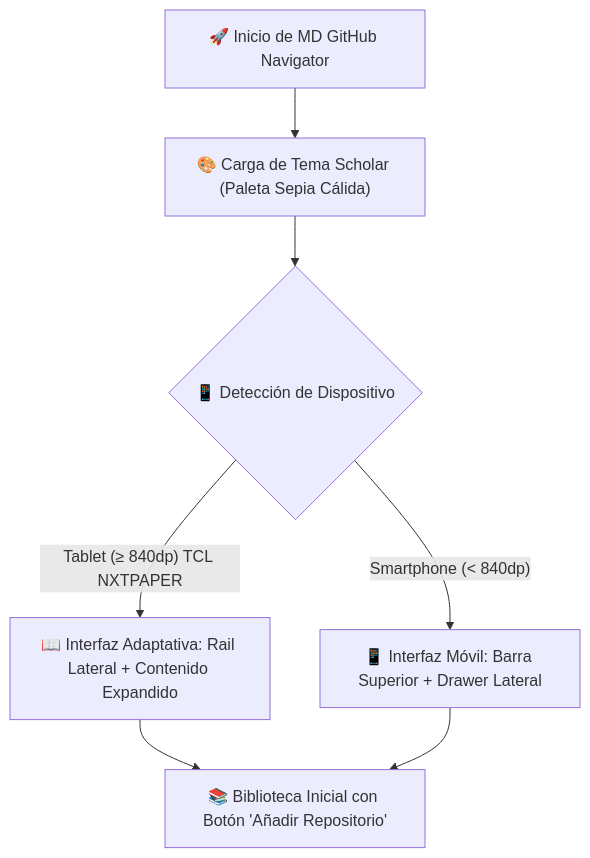
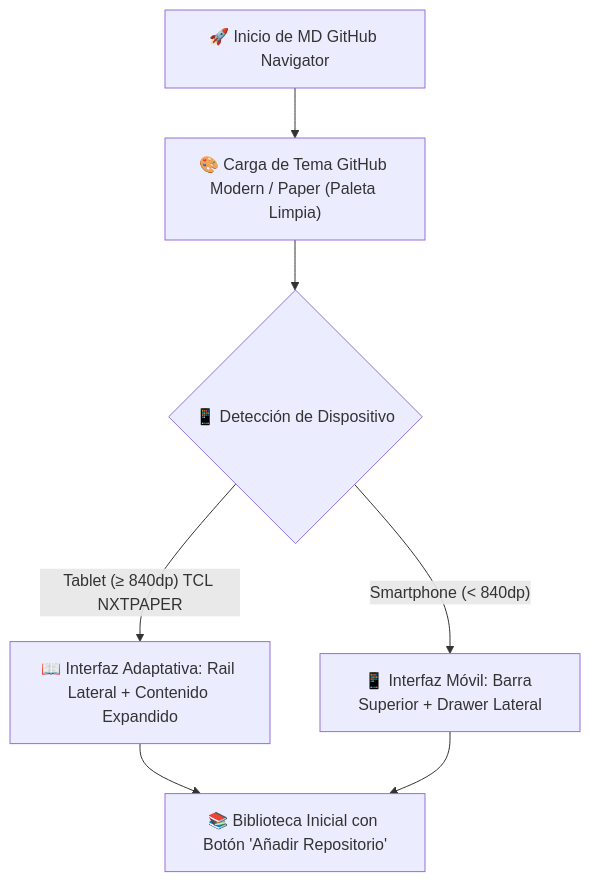
The diagram in docs/es/user-guide/getting-started.md (laralbir/md-gh-navigator), drawn with Mermaid before and after one commit. The commit also changed other lines of this file and 33 other files, not shown here.

Commit message:
docs: modernize all screenshots, diagrams, and store assets to GitHub Paper theme

````diff
--- a/docs/es/user-guide/getting-started.md
+++ b/docs/es/user-guide/getting-started.md
@@ -35,9 +35,9 @@
 ```mermaid
 flowchart TD
-    AppStart["🚀 Inicio de MD GitHub Navigator"] --> ThemeApply["🎨 Carga de Tema Scholar (Paleta Sepia Cálida)"]
+    AppStart["🚀 Inicio de MD GitHub Navigator"] --> ThemeApply["🎨 Carga de Tema GitHub Modern / Paper (Paleta Limpia)"]
     ThemeApply --> DeviceCheck{"📱 Detección de Dispositivo"}
     DeviceCheck -->|"Tablet (≥ 840dp) TCL NXTPAPER"| TwoPane["📖 Interfaz Adaptativa: Rail Lateral + Contenido Expandido"]
     DeviceCheck -->|"Smartphone (< 840dp)"| CompactView["📱 Interfaz Móvil: Barra Superior + Drawer Lateral"]
     TwoPane --> EmptyLib["📚 Biblioteca Inicial con Botón 'Añadir Repositorio'"]
     CompactView --> EmptyLib
 ```
````
